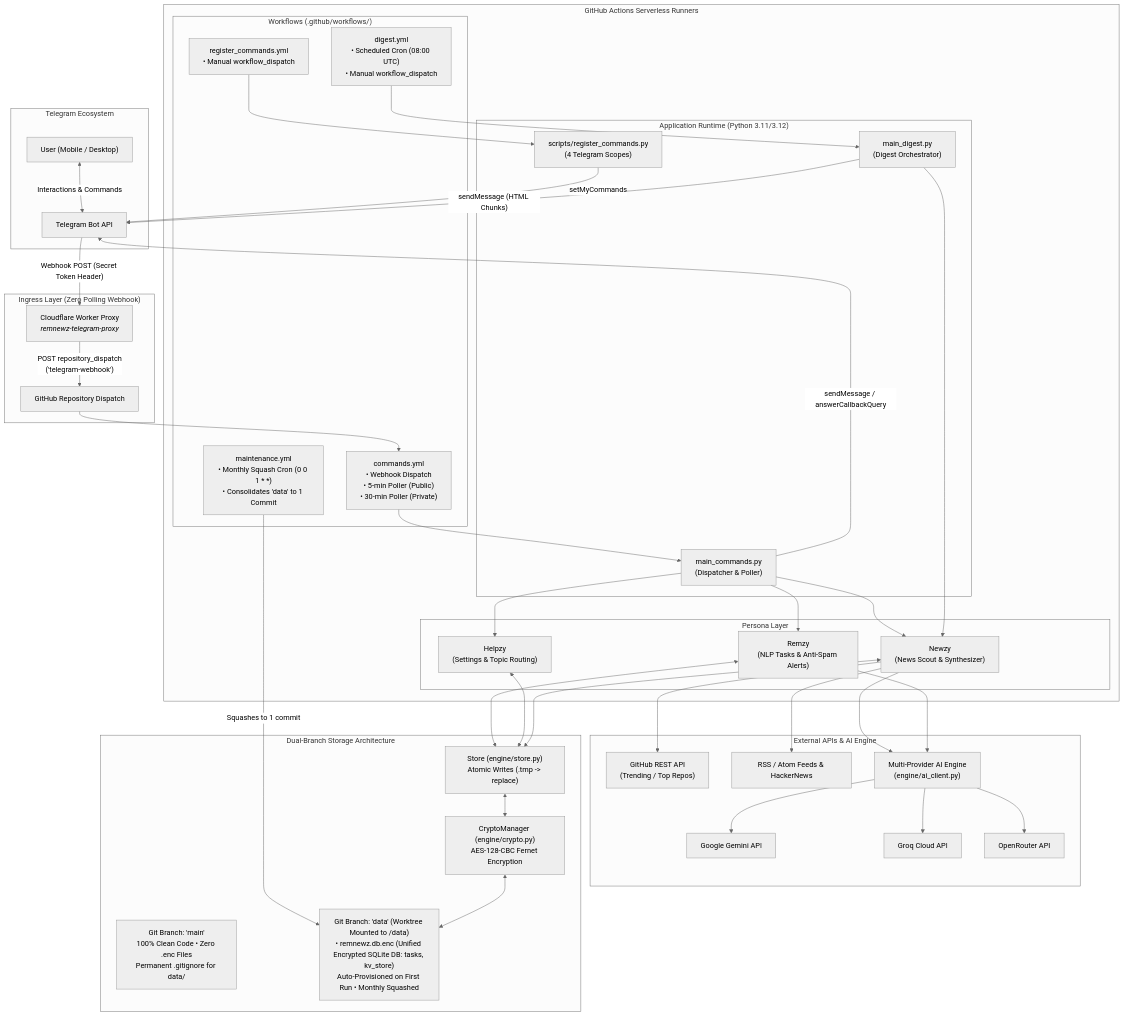
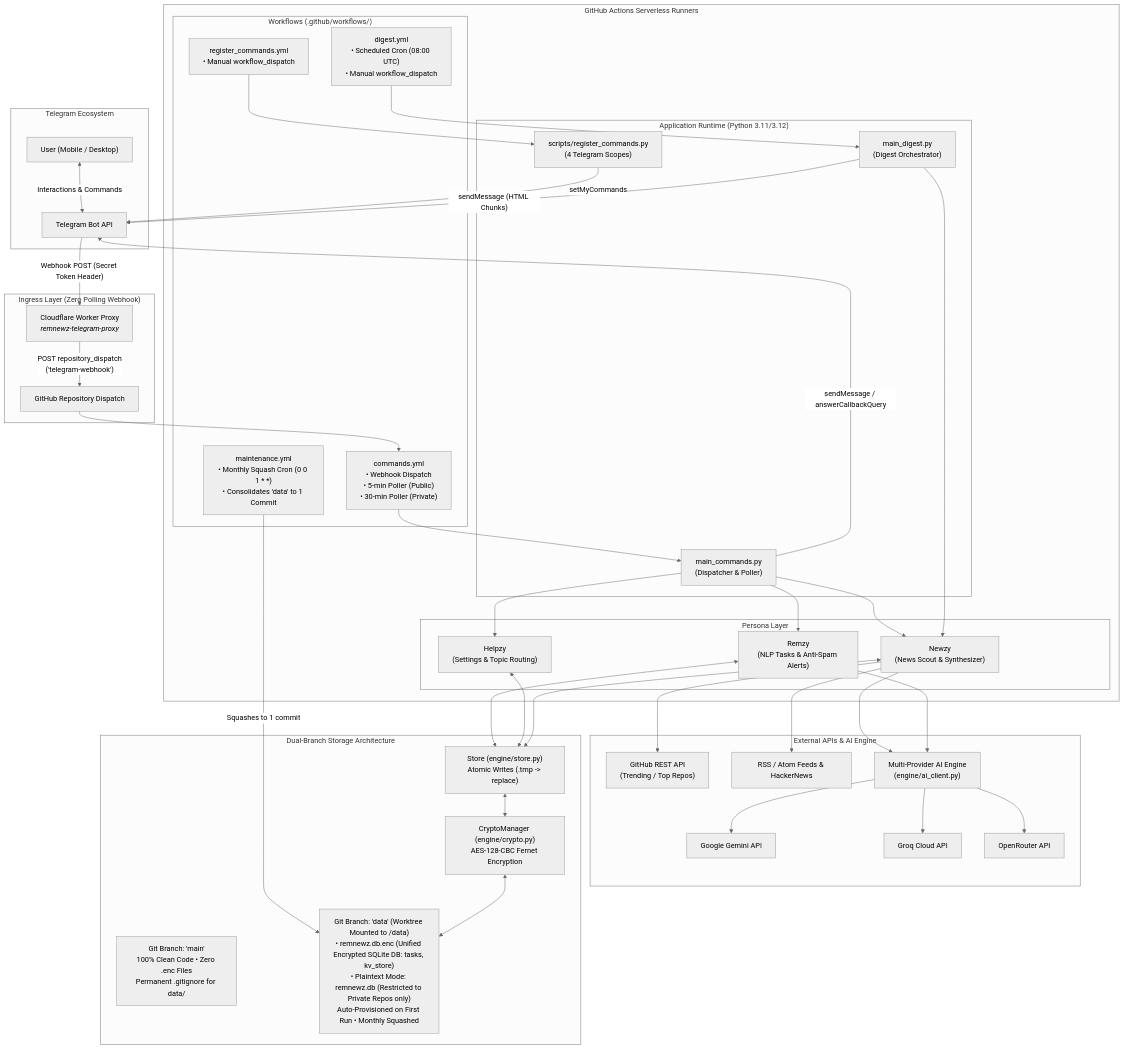
One commit to joydeepd900/RemNewz changed the first of 7 diagrams in Project Docs/structures.md. Above: the diagram before and after it, drawn with Mermaid (neutral theme). The commit also changed other lines of this file and 5 other files, not shown here.

```diff
--- a/Project Docs/structures.md
+++ b/Project Docs/structures.md
@@ -76,7 +76,7 @@
         STORE["Store (engine/store.py)<br/>Atomic Writes (.tmp -> replace)"]
         
         BRANCH_MAIN["Git Branch: 'main'<br/>100% Clean Code • Zero .enc Files<br/>Permanent .gitignore for data/"]
-        BRANCH_DATA["Git Branch: 'data' (Worktree Mounted to /data)<br/>• remnewz.db.enc (Unified Encrypted SQLite DB: tasks, kv_store)<br/>Auto-Provisioned on First Run • Monthly Squashed"]
+        BRANCH_DATA["Git Branch: 'data' (Worktree Mounted to /data)<br/>• remnewz.db.enc (Unified Encrypted SQLite DB: tasks, kv_store)<br/>• Plaintext Mode: remnewz.db (Restricted to Private Repos only)<br/>Auto-Provisioned on First Run • Monthly Squashed"]
         
         WF_MAINT -->|"Squashes to 1 commit"| BRANCH_DATA
         REMZY <--> STORE
```
